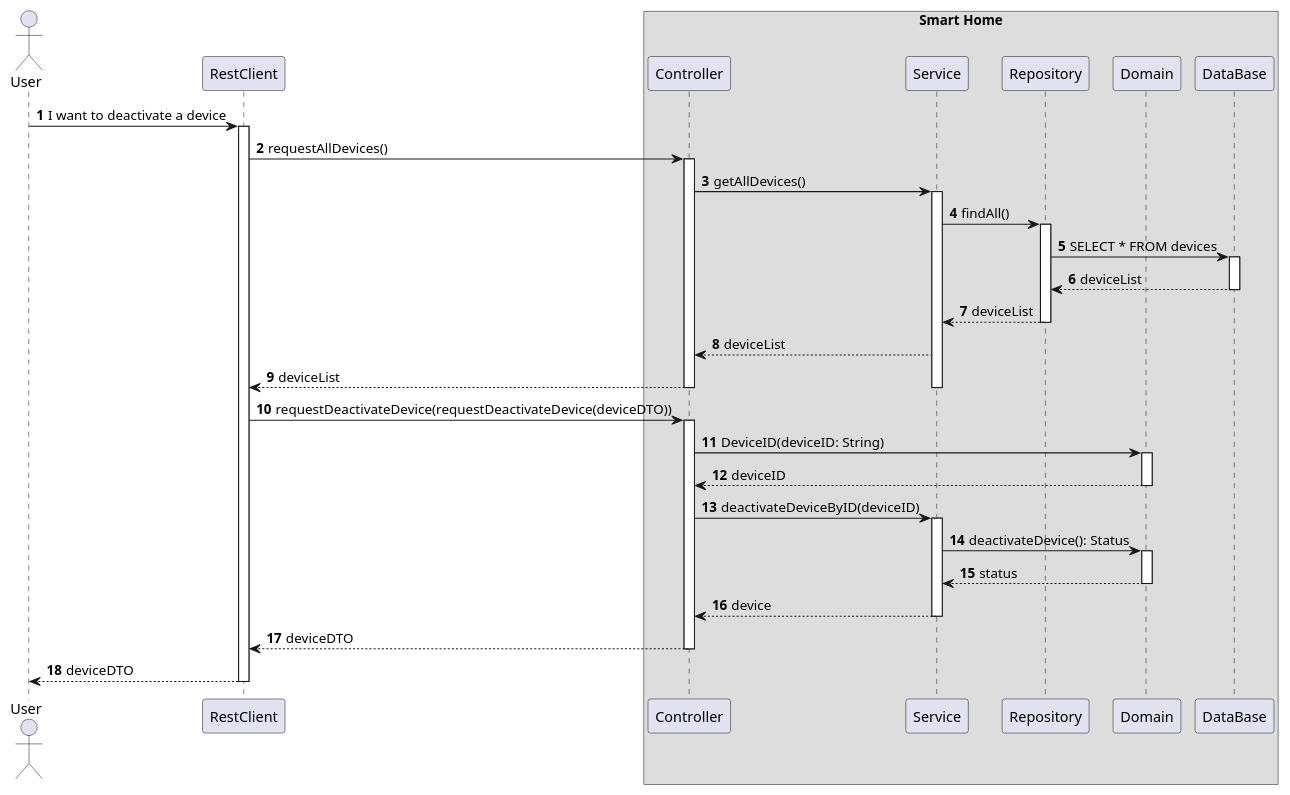
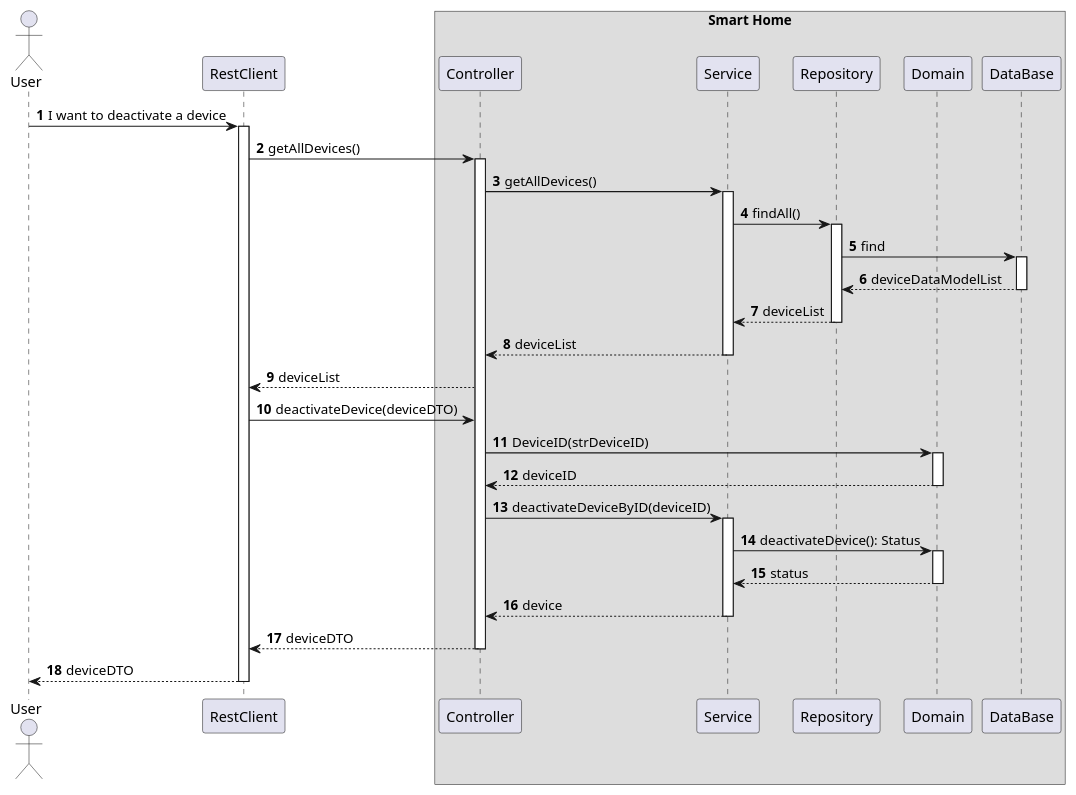
One commit to olivDiogo/SmartHome changed the diagram in docs/ooa/C4_4plus1_models_v2/Level3/ProcessView/ProcessViewLevel3_UC08.puml. Above: the diagram before and after it, drawn with PlantUML. The commit also changed 7 other files, not shown here.

Commit message:
fix: fixed ProcessViewLevel3 diagrams #468

```diff
--- a/docs/ooa/C4_4plus1_models_v2/Level3/ProcessView/ProcessViewLevel3_UC08.puml
+++ b/docs/ooa/C4_4plus1_models_v2/Level3/ProcessView/ProcessViewLevel3_UC08.puml
@@ -1,58 +1,70 @@
 @startuml
 'https://plantuml.com/sequence-diagram
 !pragma layout smetana
 
 autonumber
 
 actor "User" as User
 participant "RestClient" as RC
 box "Smart Home"
     participant "Controller" as CTRL
         participant "Service" as SV
         participant "Repository" as REPO
         participant "Domain" as DOM
         participant "DataBase" as BD
 end box
 
 
 
 User -> RC : I want to deactivate a device
 activate RC
 
-RC -> CTRL : requestAllDevices()
+RC -> CTRL : getAllDevices()
 activate CTRL
+
 CTRL -> SV : getAllDevices()
 activate SV
+
 SV -> REPO : findAll()
 activate REPO
-REPO -> BD : SELECT * FROM devices
+
+REPO -> BD : find
 activate BD
-BD --> REPO : deviceList
+
+BD --> REPO : deviceDataModelList
 deactivate BD
+
 REPO --> SV : deviceList
 deactivate REPO
+
 SV --> CTRL : deviceList
+deactivate SV
+
 CTRL --> RC : deviceList
-deactivate SV
-deactivate CTRL
 
-RC -> CTRL : requestDeactivateDevice(requestDeactivateDevice(deviceDTO))
-activate CTRL
-CTRL -> DOM : DeviceID(deviceID: String)
+RC -> CTRL : deactivateDevice(deviceDTO)
+
+CTRL -> DOM : DeviceID(strDeviceID)
 activate DOM
 DOM --> CTRL : deviceID
 deactivate DOM
+
 CTRL -> SV : deactivateDeviceByID(deviceID)
 activate SV
+
 SV -> DOM : deactivateDevice(): Status
 activate DOM
+
 DOM --> SV : status
 deactivate DOM
+
 SV --> CTRL : device
 deactivate SV
+
 CTRL --> RC : deviceDTO
 deactivate CTRL
+
 RC --> User : deviceDTO
 deactivate RC
 
 @enduml
```
